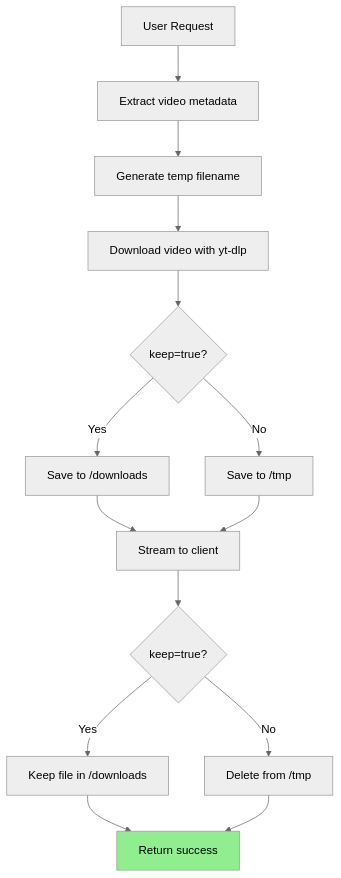
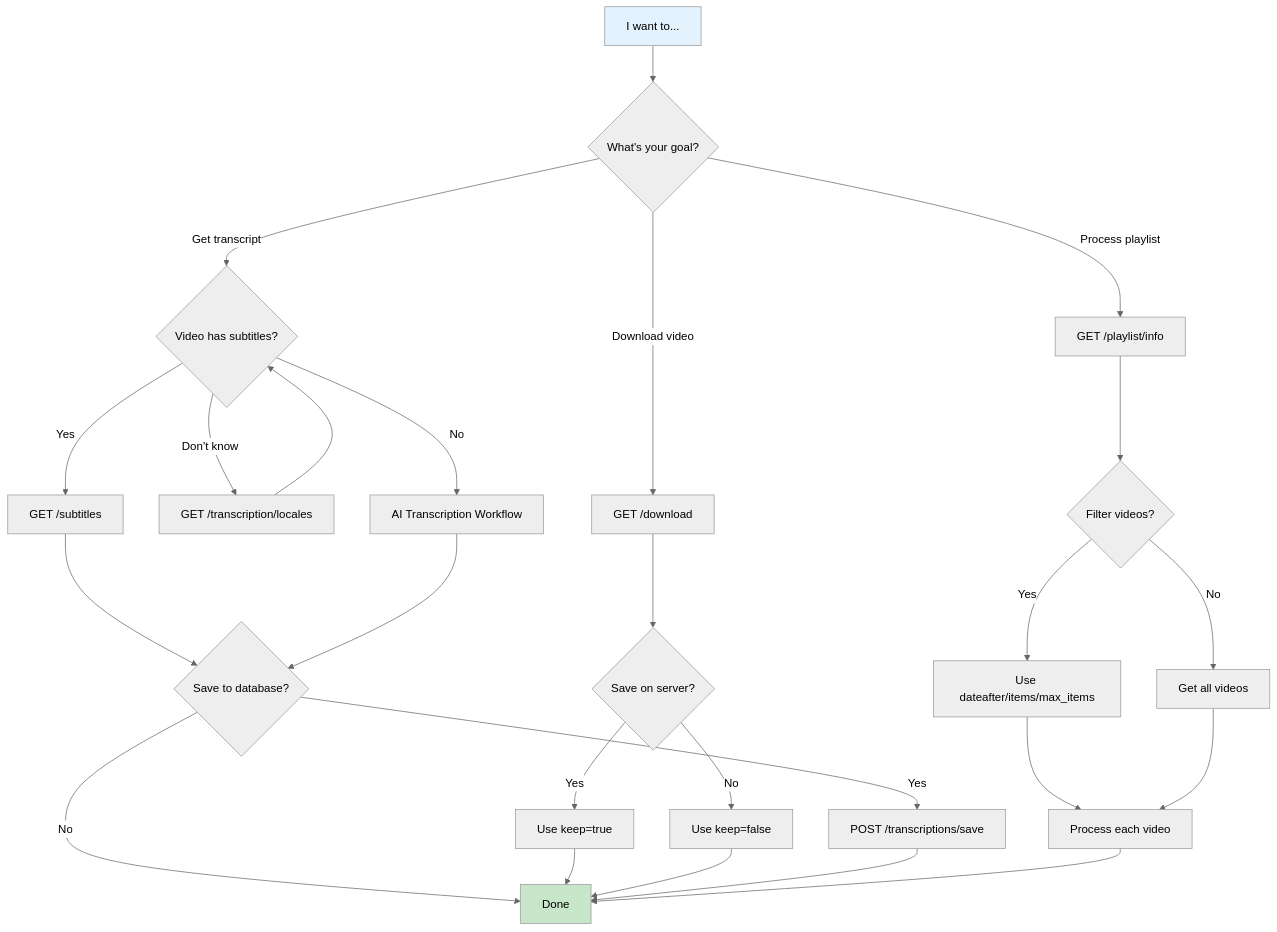
One commit to aaahariri/yt-dlp-v1 changed the ninth of 9 diagrams in docs/endpoint-flows.md. Above: the diagram before and after it, drawn with Mermaid (neutral theme). The commit also changed other lines of this file and 43 other files, not shown here.

````diff
--- a/docs/endpoint-flows.md
+++ b/docs/endpoint-flows.md
@@ -357,22 +401,39 @@
 ```mermaid
 flowchart TD
-    A[User Request] --> B[Extract video metadata]
-    B --> C[Generate temp filename]
-    C --> D[Download video with yt-dlp]
-    D --> E{keep=true?}
+    Start[I want to...] --> Goal{What's your goal?}
 
-    E -->|Yes| F[Save to /downloads]
-    E -->|No| G[Save to /tmp]
+    Goal -->|Get transcript| CheckSubtitles{Video has subtitles?}
+    Goal -->|Download video| UseDownload[GET /download]
+    Goal -->|Process playlist| UsePlaylist[GET /playlist/info]
 
-    F --> H[Stream to client]
-    G --> H
+    CheckSubtitles -->|Don't know| CheckLocales[GET /transcription/locales]
+    CheckSubtitles -->|Yes| UseSubtitles[GET /subtitles]
+    CheckSubtitles -->|No| UseAI[AI Transcription Workflow]
 
-    H --> I{keep=true?}
-    I -->|Yes| J[Keep file in /downloads]
-    I -->|No| K[Delete from /tmp]
+    CheckLocales --> CheckSubtitles
 
-    J --> L[Return success]
-    K --> L
+    UseSubtitles --> NeedStorage{Save to database?}
+    UseAI --> NeedStorage
 
-    style L fill:#90EE90
+    NeedStorage -->|Yes| SaveSupabase[POST /transcriptions/save]
+    NeedStorage -->|No| Done[Done]
+
+    UseDownload --> KeepQuestion{Save on server?}
+    KeepQuestion -->|Yes| KeepTrue[Use keep=true]
+    KeepQuestion -->|No| KeepFalse[Use keep=false]
+
+    KeepTrue --> Done
+    KeepFalse --> Done
+    SaveSupabase --> Done
+
+    UsePlaylist --> FilterQuestion{Filter videos?}
+    FilterQuestion -->|Yes| ApplyFilters[Use dateafter/items/max_items]
+    FilterQuestion -->|No| GetAll[Get all videos]
+
+    ApplyFilters --> ProcessEach[Process each video]
+    GetAll --> ProcessEach
+    ProcessEach --> Done
+
+    style Start fill:#E3F2FD
+    style Done fill:#C8E6C9
 ```
````
